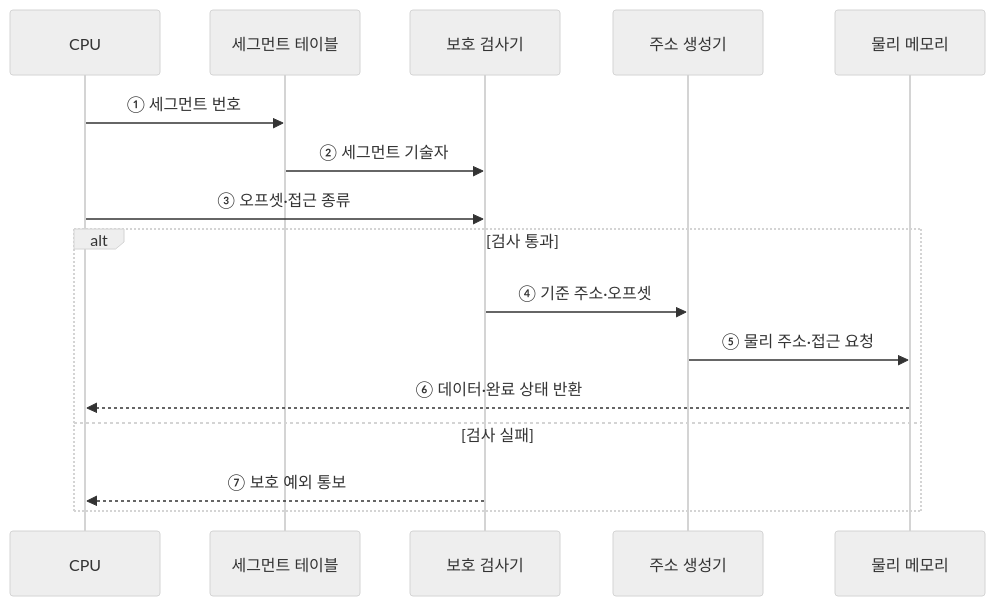
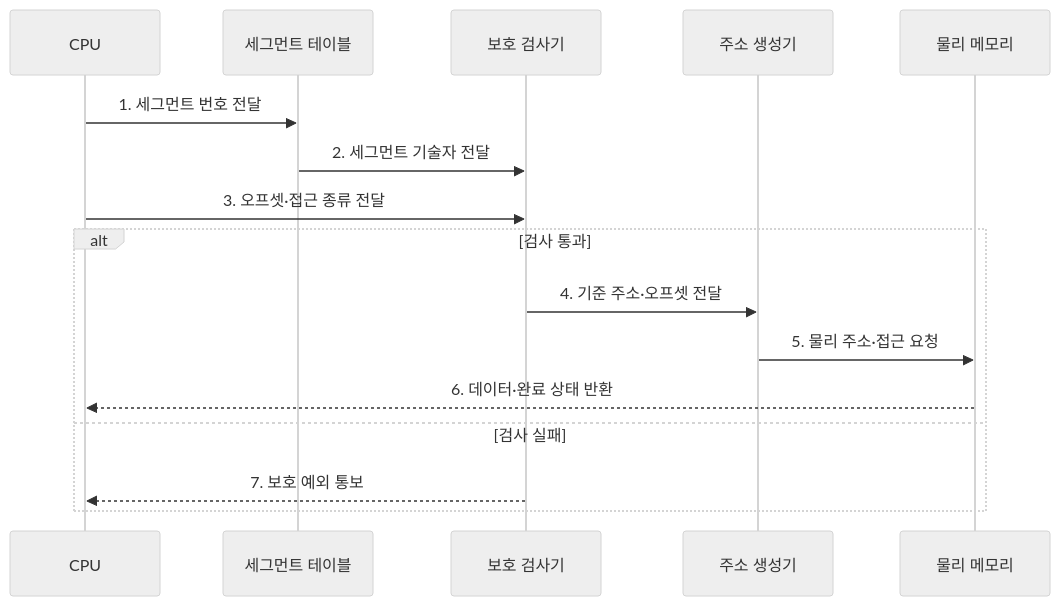
One commit to agnusdei1207/knowledge-base changed the second of 2 diagrams in src/content/docs/notes/02-hardware/019_segmentation.md. Above: the diagram before and after it, drawn with Mermaid (neutral theme). The commit also changed other lines of this file and 20 other files, not shown here.

````diff
--- a/src/content/docs/notes/02-hardware/019_segmentation.md
+++ b/src/content/docs/notes/02-hardware/019_segmentation.md
@@ -81,18 +82,18 @@
 ```mermaid
 sequenceDiagram
     participant C as CPU
     participant T as 세그먼트 테이블
     participant P as 보호 검사기
     participant G as 주소 생성기
     participant M as 물리 메모리
-    C->>T: ① 세그먼트 번호
-    T->>P: ② 세그먼트 기술자
-    C->>P: ③ 오프셋·접근 종류
+    C->>T: 1. 세그먼트 번호 전달
+    T->>P: 2. 세그먼트 기술자 전달
+    C->>P: 3. 오프셋·접근 종류 전달
     alt 검사 통과
-        P->>G: ④ 기준 주소·오프셋
-        G->>M: ⑤ 물리 주소·접근 요청
-        M-->>C: ⑥ 데이터·완료 상태 반환
+        P->>G: 4. 기준 주소·오프셋 전달
+        G->>M: 5. 물리 주소·접근 요청
+        M-->>C: 6. 데이터·완료 상태 반환
     else 검사 실패
-        P-->>C: ⑦ 보호 예외 통보
+        P-->>C: 7. 보호 예외 통보
     end
 ```
````
